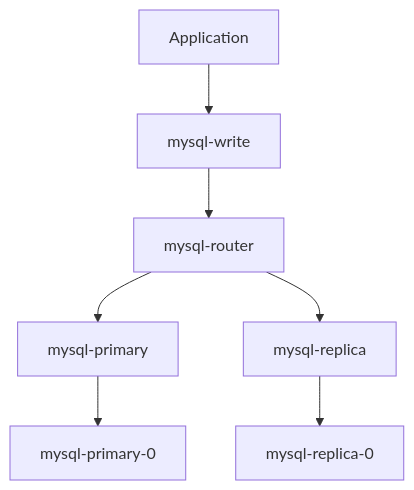
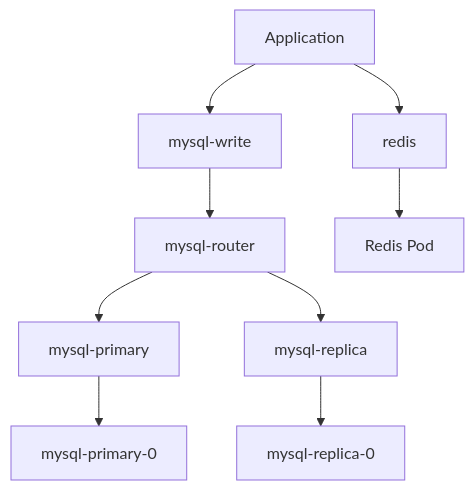
The seventh of 23 diagrams in docs/05-storage/README.md (ahmed-sayed-devops/microservices-platform-gitops), drawn with Mermaid before and after one commit. The commit also changed other lines of this file, not shown here.

Commit message:
docs: document Redis caching layer

````diff
--- a/docs/05-storage/README.md
+++ b/docs/05-storage/README.md
@@ -198,20 +262,29 @@
 ```mermaid
 graph TD
     APP[Application]
 
     WRITE[mysql-write]
     ROUTER[mysql-router]
 
     PRIMARY[mysql-primary]
     REPLICA[mysql-replica]
 
+    REDIS[redis]
+
     PRIMARYPOD[mysql-primary-0]
     REPLICAPOD[mysql-replica-0]
+    REDISPOD[Redis Pod]
 
     APP --> WRITE
+    APP --> REDIS
+
     WRITE --> ROUTER
+
     ROUTER --> PRIMARY
     ROUTER --> REPLICA
+
     PRIMARY --> PRIMARYPOD
     REPLICA --> REPLICAPOD
+
+    REDIS --> REDISPOD
 ```
````
